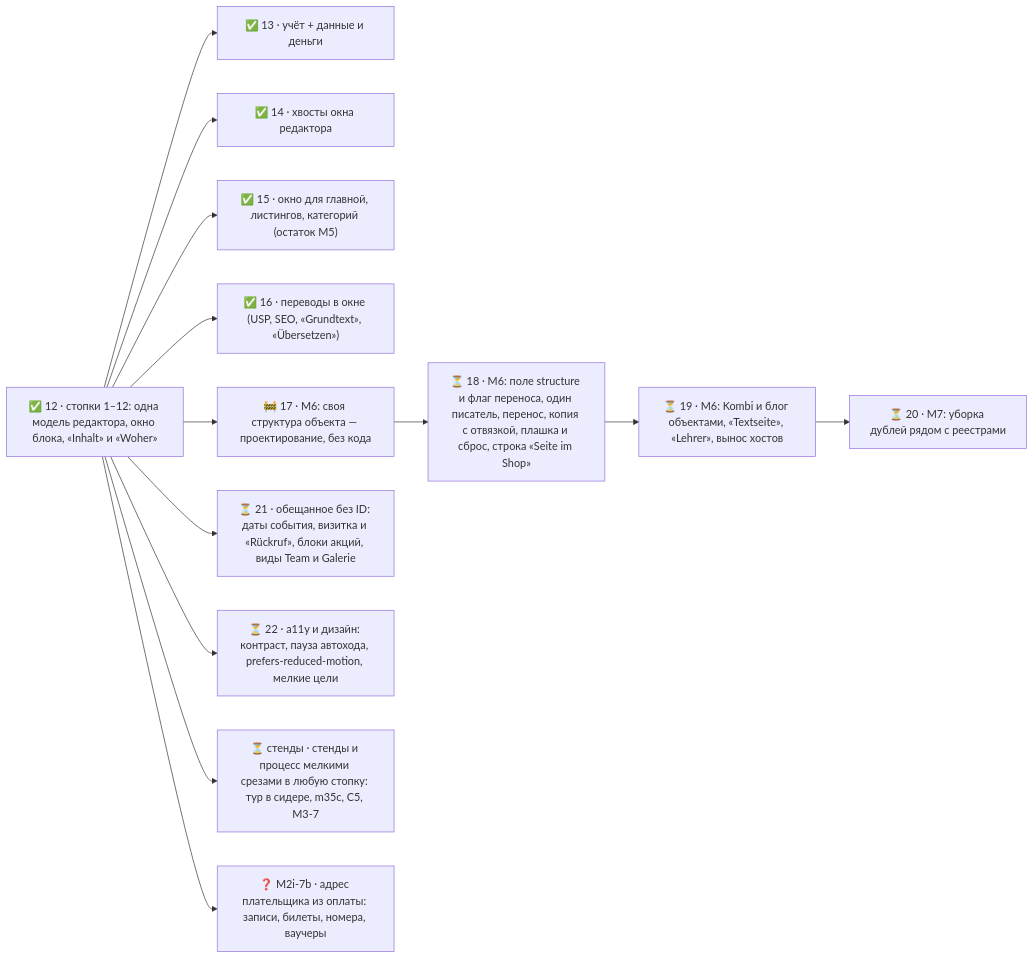
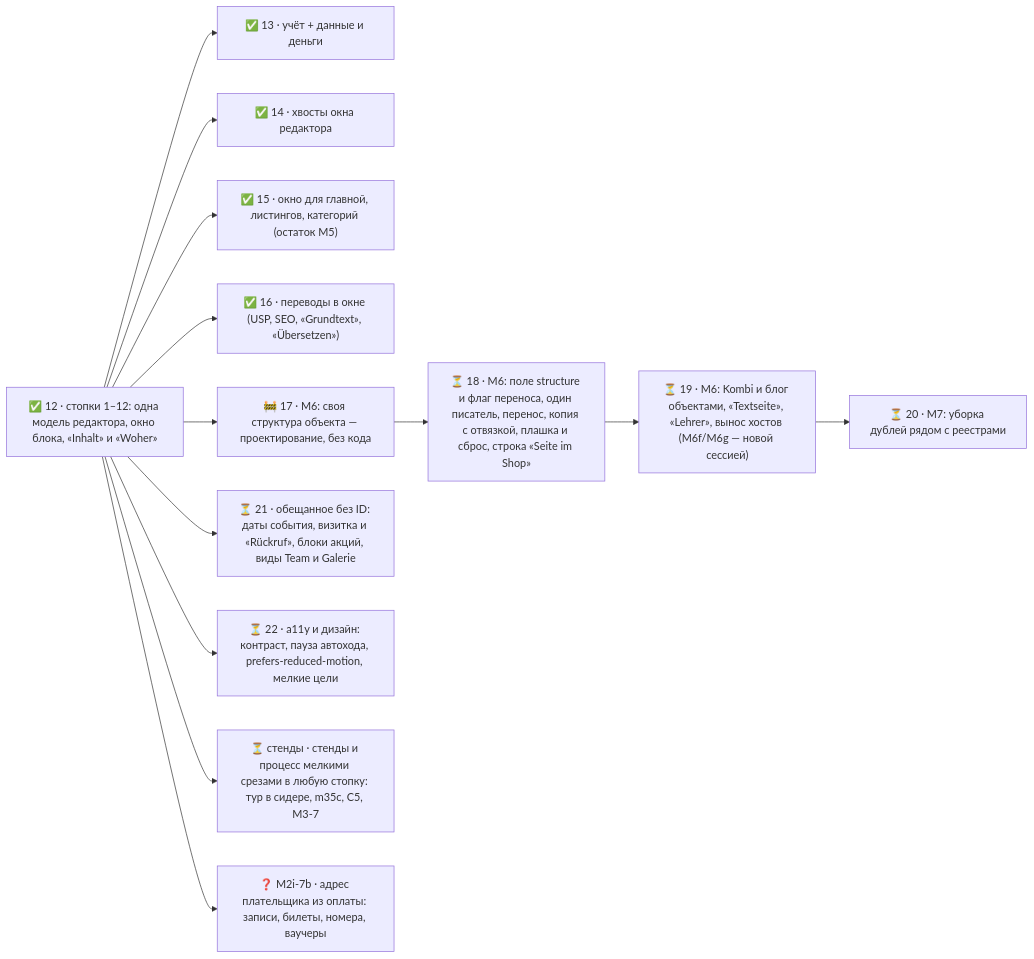
The diagram in docs/fb33-map.md (yppolyakov-wq/siteadaptor-platform), drawn with Mermaid before and after one commit. The commit also changed other lines of this file and 4 other files, not shown here.

````diff
--- a/docs/fb33-map.md
+++ b/docs/fb33-map.md
@@ -37,28 +37,28 @@
 ```mermaid
 flowchart LR
   s12["✅ 12 · стопки 1–12: одна модель редактора, окно блока, «Inhalt» и «Woher»"]
   s13["✅ 13 · учёт + данные и деньги"]
   s14["✅ 14 · хвосты окна редактора"]
   s15["✅ 15 · окно для главной, листингов, категорий (остаток M5)"]
   s16["✅ 16 · переводы в окне (USP, SEO, «Grundtext», «Übersetzen»)"]
   s17["🚧 17 · M6: своя структура объекта — проектирование, без кода"]
   s18["⏳ 18 · M6: поле structure и флаг переноса, один писатель, перенос, копия с отвязкой, плашка и сброс, строка «Seite im Shop»"]
-  s19["⏳ 19 · M6: Kombi и блог объектами, «Textseite», «Lehrer», вынос хостов"]
+  s19["⏳ 19 · M6: Kombi и блог объектами, «Textseite», «Lehrer», вынос хостов (M6f/M6g — новой сессией)"]
   s20["⏳ 20 · M7: уборка дублей рядом с реестрами"]
   s21["⏳ 21 · обещанное без ID: даты события, визитка и «Rückruf», блоки акций, виды Team и Galerie"]
   s22["⏳ 22 · a11y и дизайн: контраст, пауза автохода, prefers-reduced-motion, мелкие цели"]
   s_u441_u442_u435_u43d_u434_u44b["⏳ стенды · стенды и процесс мелкими срезами в любую стопку: тур в сидере, m35c, C5, M3-7"]
   sM2i_u2d7b["❓ M2i-7b · адрес плательщика из оплаты: записи, билеты, номера, ваучеры"]
   s12 --> s13
   s12 --> s14
   s12 --> s15
   s12 --> s16
   s12 --> s17
   s17 --> s18
   s18 --> s19
   s19 --> s20
   s12 --> s21
   s12 --> s22
   s12 --> s_u441_u442_u435_u43d_u434_u44b
   s12 --> sM2i_u2d7b
 ```
````
